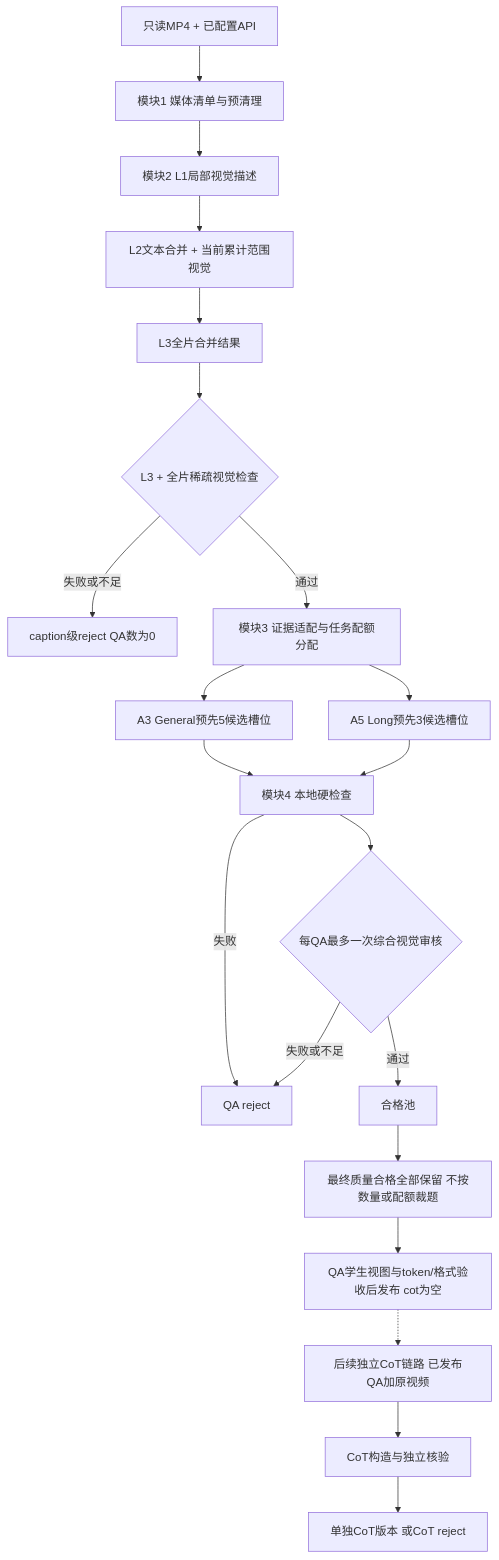
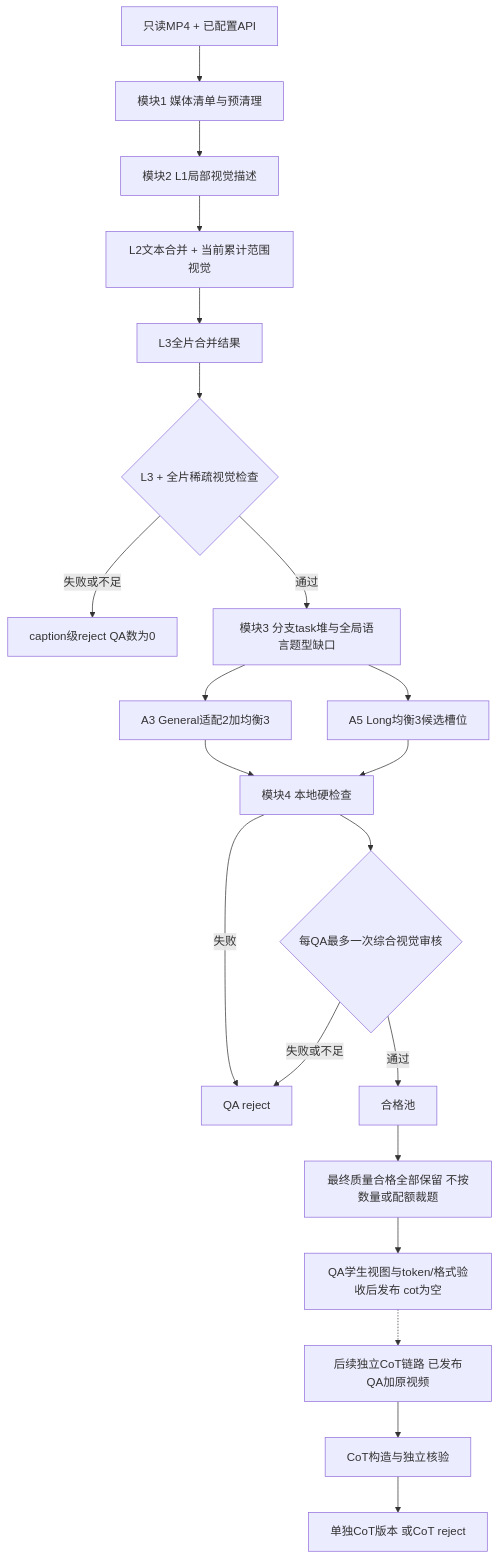
One commit to Tiachi/video-sft-builder changed the diagram in docs/video_sft_four_module_project_outline_2026-10-20.md. Above: the diagram before and after it, drawn with Mermaid. The commit also changed other lines of this file and 21 other files, not shown here.

````diff
--- a/docs/video_sft_four_module_project_outline_2026-10-20.md
+++ b/docs/video_sft_four_module_project_outline_2026-10-20.md
@@ -45,23 +45,23 @@
 ```mermaid
 flowchart TD
   I[只读MP4 + 已配置API] --> M1[模块1 媒体清单与预清理]
   M1 --> L1[模块2 L1局部视觉描述]
   L1 --> L2[L2文本合并 + 当前累计范围视觉]
   L2 --> L3[L3全片合并结果]
   L3 --> CG{L3 + 全片稀疏视觉检查}
   CG -->|失败或不足| CR[caption级reject QA数为0]
-  CG -->|通过| ROUTE[模块3 证据适配与任务配额分配]
-  ROUTE --> G[A3 General预先5候选槽位]
-  ROUTE --> L[A5 Long预先3候选槽位]
+  CG -->|通过| ROUTE[模块3 分支task堆与全局语言题型缺口]
+  ROUTE --> G[A3 General适配2加均衡3]
+  ROUTE --> L[A5 Long均衡3候选槽位]
   G --> LOCAL[模块4 本地硬检查]
   L --> LOCAL
   LOCAL --> A7{每QA最多一次综合视觉审核}
   LOCAL -->|失败| QR[QA reject]
   A7 -->|失败或不足| QR
   A7 -->|通过| POOL[合格池]
   POOL --> ALL[最终质量合格全部保留 不按数量或配额裁题]
   ALL --> REL[QA学生视图与token/格式验收后发布 cot为空]
   REL -.-> CI[后续独立CoT链路 已发布QA加原视频]
   CI --> CV[CoT构造与独立核验]
   CV --> CO[单独CoT版本 或CoT reject]
 ```
````
